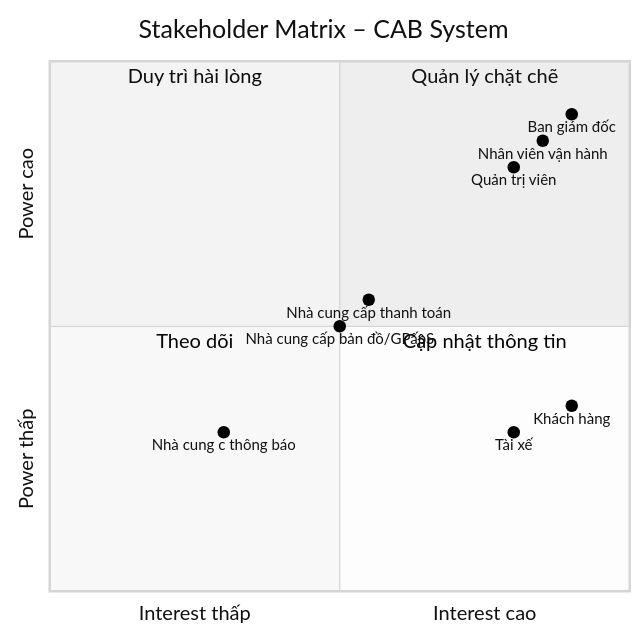
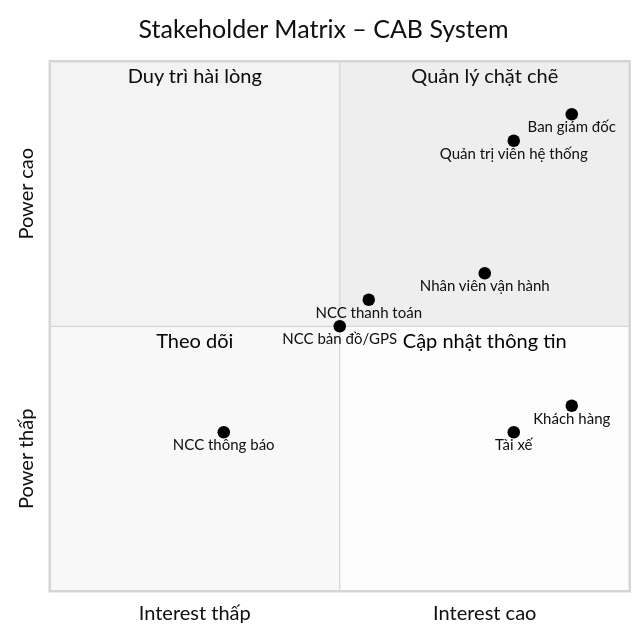
The first of 14 diagrams in SRS.md (hieunghia11a10-prog/23670421_LeHieuNghia_CABSYSTEM), drawn with Mermaid (neutral theme) before and after one commit. The commit also changed other lines of this file, not shown here.

````diff
--- a/SRS.md
+++ b/SRS.md
@@ -41,20 +236,20 @@
 ```mermaid
 quadrantChart
     title Stakeholder Matrix – CAB System
     x-axis "Interest thấp" --> "Interest cao"
     y-axis "Power thấp" --> "Power cao"
 
     quadrant-1 "Quản lý chặt chẽ"
     quadrant-2 "Duy trì hài lòng"
     quadrant-3 "Theo dõi"
     quadrant-4 "Cập nhật thông tin"
 
     "Ban giám đốc": [0.9, 0.9]
-    "Nhân viên vận hành": [0.85, 0.85]
-    "Quản trị viên": [0.8, 0.8]
+    "Quản trị viên hệ thống": [0.8, 0.85]
+    "Nhân viên vận hành": [0.75, 0.6]
     "Khách hàng": [0.9, 0.35]
     "Tài xế": [0.8, 0.3]
-    "Nhà cung cấp thanh toán": [0.55, 0.55]
-    "Nhà cung cấp bản đồ/GPấpS": [0.5, 0.5]
-    "Nhà cung c thông báo": [0.3, 0.3]
+    "NCC thanh toán": [0.55, 0.55]
+    "NCC bản đồ/GPS": [0.5, 0.5]
+    "NCC thông báo": [0.3, 0.3]
 ```
````
